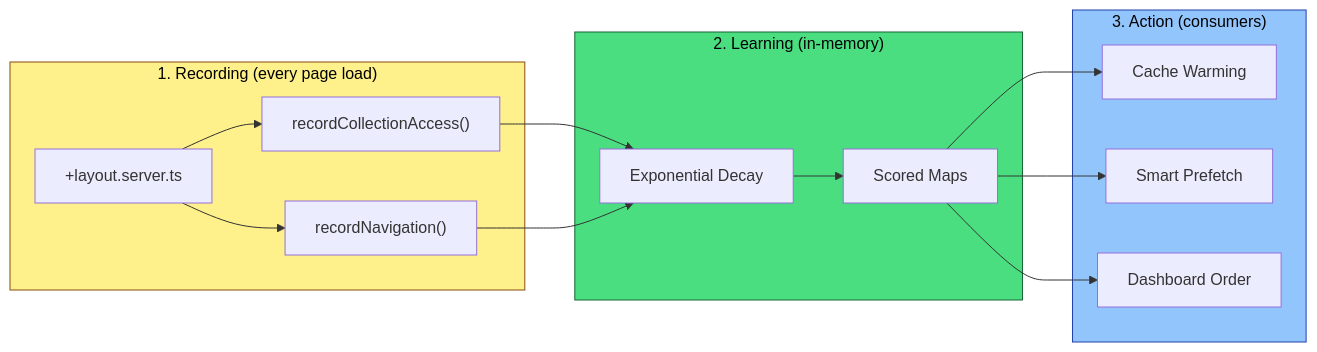
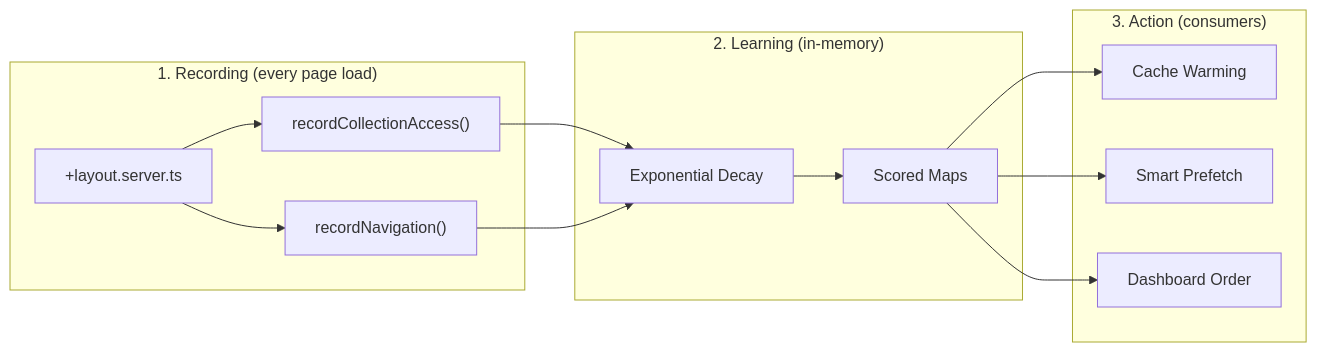
The third of 3 diagrams in docs/architecture/behavioral-learning.mdx (SveltyCMS/SveltyCMS), drawn with Mermaid before and after one commit. The commit also changed other lines of this file and 148 other files, not shown here.

````diff
--- a/docs/architecture/behavioral-learning.mdx
+++ b/docs/architecture/behavioral-learning.mdx
@@ -279,32 +278,30 @@
 ```mermaid
 flowchart LR
     subgraph Record["1. Recording (every page load)"]
         LAYOUT["+layout.server.ts"]
         COLL["recordCollectionAccess()"]
         NAV["recordNavigation()"]
     end
 
     subgraph Learn["2. Learning (in-memory)"]
         DECAY["Exponential Decay"]
         MAPS["Scored Maps"]
     end
 
     subgraph Act["3. Action (consumers)"]
         WARM["Cache Warming"]
         PREFETCH["Smart Prefetch"]
         DASH["Dashboard Order"]
     end
 
     LAYOUT --> COLL
     LAYOUT --> NAV
     COLL --> DECAY
     NAV --> DECAY
     DECAY --> MAPS
     MAPS --> WARM
     MAPS --> PREFETCH
     MAPS --> DASH
 
-    style Record fill:#fef08a,stroke:#854d0e,color:#000
-    style Learn fill:#4ade80,stroke:#166534,color:#000
-    style Act fill:#93c5fd,stroke:#1e40af,color:#000
+
 ```
````
